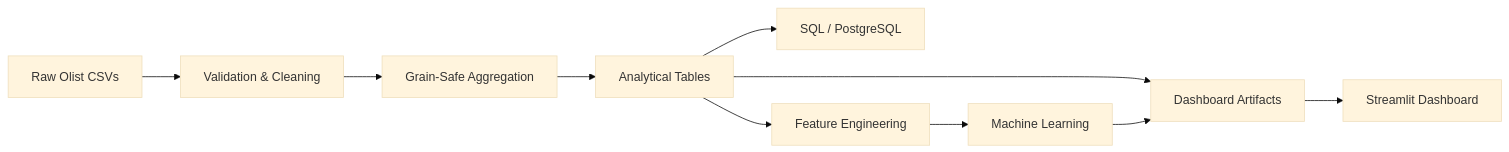
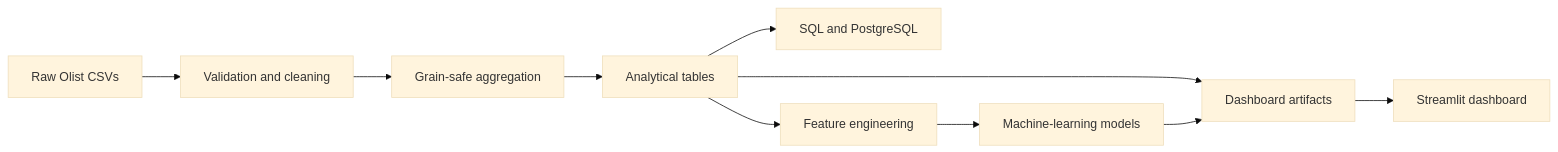
Before and after one commit to vivekkr-data/commerceiq-analytics: the diagram in README.md, drawn with Mermaid (base theme). The commit also changed other lines of this file and 3 other files, not shown here.

````diff
--- a/README.md
+++ b/README.md
@@ -46,12 +59,12 @@
 ```mermaid
 flowchart LR
-    A[Raw Olist CSVs] --> B[Validation & Cleaning]
-    B --> C[Grain-Safe Aggregation]
-    C --> D[Analytical Tables]
-    D --> E[SQL / PostgreSQL]
-    D --> F[Feature Engineering]
-    F --> G[Machine Learning]
-    D --> H[Dashboard Artifacts]
+    A[Raw Olist CSVs] --> B[Validation and cleaning]
+    B --> C[Grain-safe aggregation]
+    C --> D[Analytical tables]
+    D --> E[SQL and PostgreSQL]
+    D --> F[Feature engineering]
+    F --> G[Machine-learning models]
+    D --> H[Dashboard artifacts]
     G --> H
-    H --> I[Streamlit Dashboard]
+    H --> I[Streamlit dashboard]
 ```
````
